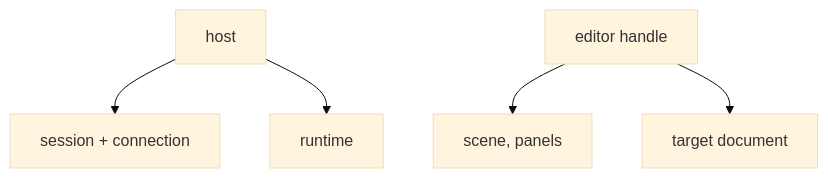
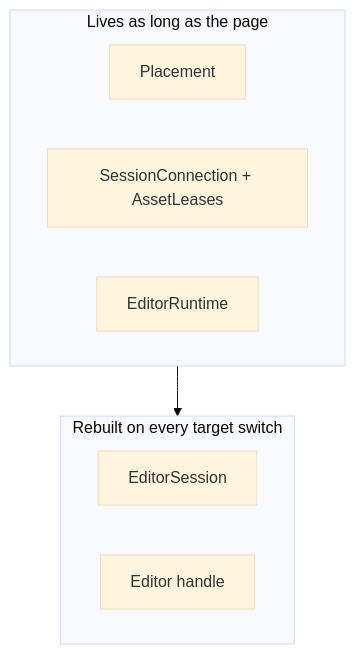
One commit to JollyPixel/editor changed the second of 5 diagrams in packages/editors/host/ARCHITECTURE.md. Above: the diagram before and after it, drawn with Mermaid (base theme). The commit also changed other lines of this file and 237 other files, not shown here.

Commit message:
refactor(editor.host): improve architecture (#1079)

````diff
--- a/packages/editors/host/ARCHITECTURE.md
+++ b/packages/editors/host/ARCHITECTURE.md
@@ -28,7 +22,13 @@
 ```mermaid
 flowchart TB
-    Host["host"] --> Session["session + connection"]
-    Host --> Runtime["runtime"]
-    Editor["editor handle"] --> Scene["scene, panels"]
-    Editor --> Target["target document"]
+    subgraph Page["Lives as long as the page"]
+        Placement["Placement"]
+        Connection["SessionConnection + AssetLeases"]
+        Runtime["EditorRuntime"]
+    end
+    subgraph Mount["Rebuilt on every target switch"]
+        Session["EditorSession"]
+        Editor["Editor handle"]
+    end
+    Page --> Mount
 ```
````
